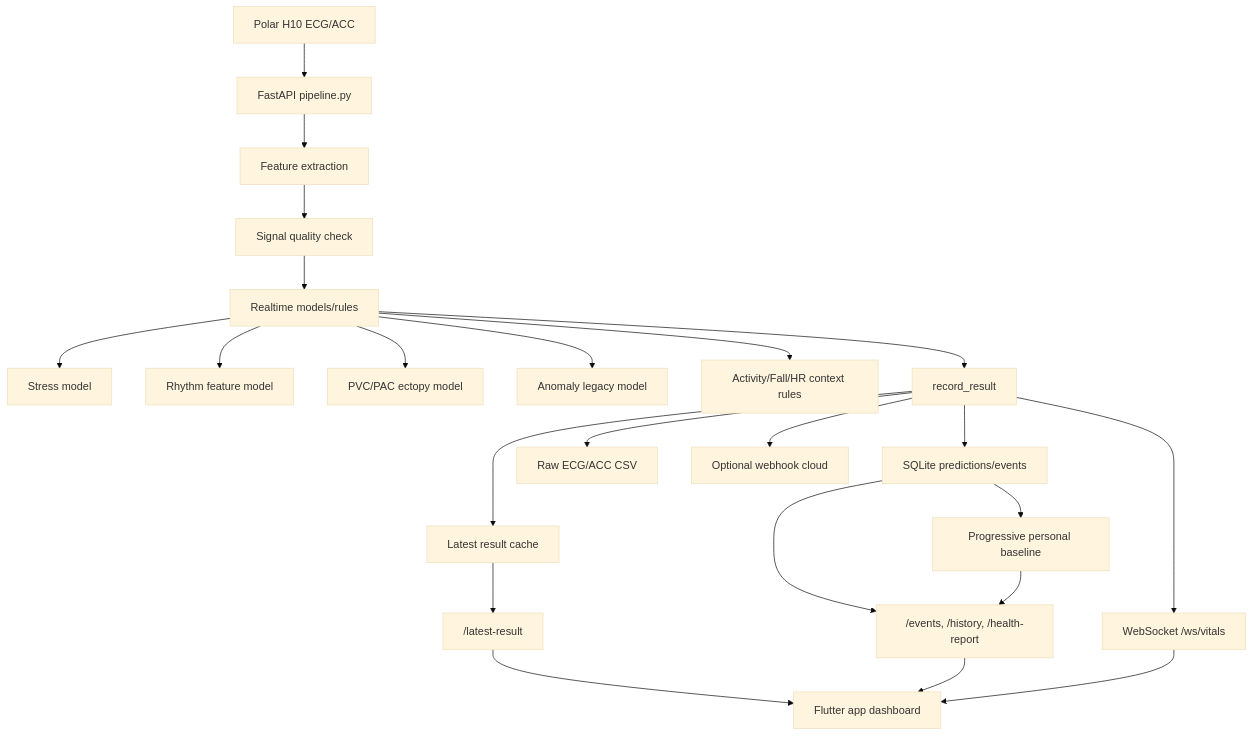
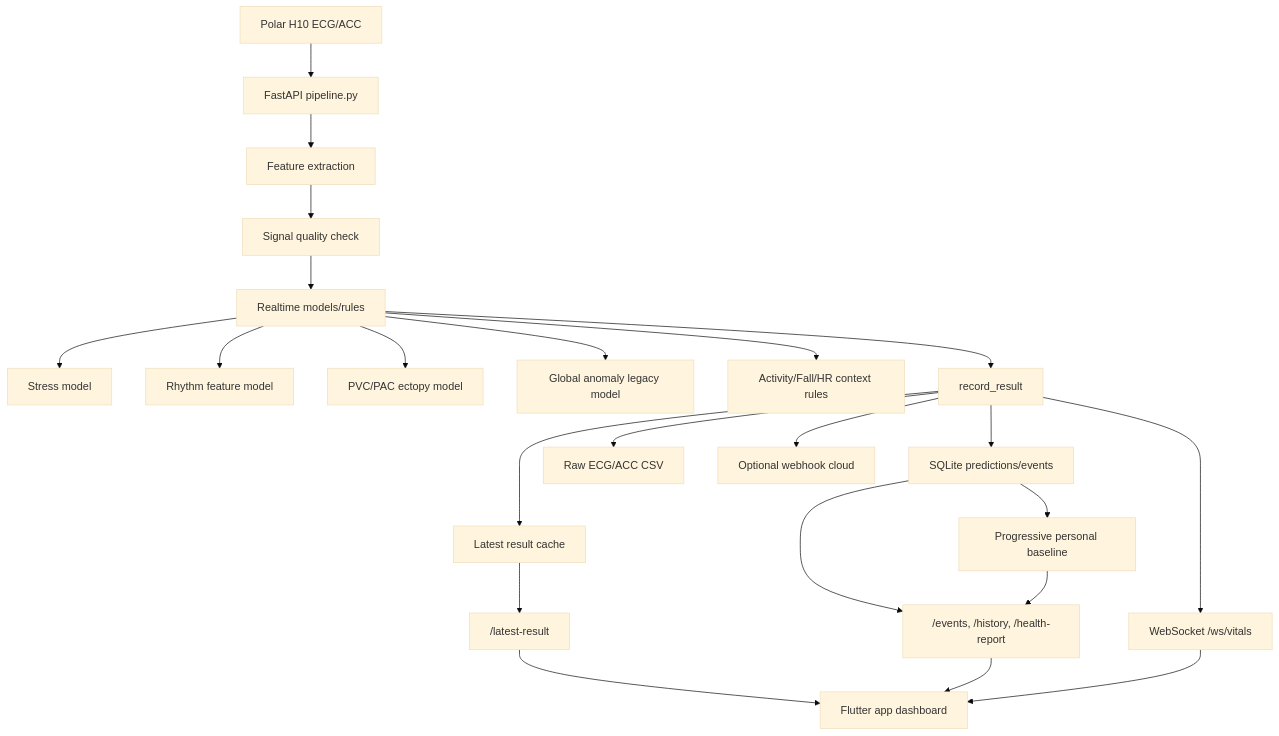
The diagram in docs/van-hanh-he-thong-app-model-cloud.md (ducchinhsero/ElderlyCareModel), drawn with Mermaid (base theme) before and after one commit. The commit also changed other lines of this file and 12 other files, not shown here.

Commit message:
Enable global anomaly screening runtime

````diff
--- a/docs/van-hanh-he-thong-app-model-cloud.md
+++ b/docs/van-hanh-he-thong-app-model-cloud.md
@@ -19,25 +20,25 @@
 ```mermaid
 flowchart TD
     A["Polar H10 ECG/ACC"] --> B["FastAPI pipeline.py"]
     B --> C["Feature extraction"]
     C --> D["Signal quality check"]
     D --> E["Realtime models/rules"]
     E --> E1["Stress model"]
     E --> E2["Rhythm feature model"]
     E --> E3["PVC/PAC ectopy model"]
-    E --> E4["Anomaly legacy model"]
+    E --> E4["Global anomaly legacy model"]
     E --> E5["Activity/Fall/HR context rules"]
     E --> F["record_result"]
     F --> G["SQLite predictions/events"]
     F --> H["Raw ECG/ACC CSV"]
     F --> I["Latest result cache"]
     F --> J["WebSocket /ws/vitals"]
     F --> K["Optional webhook cloud"]
     G --> G2["Progressive personal baseline"]
     G --> L["/events, /history, /health-report"]
     G2 --> L
     I --> M["/latest-result"]
     M --> N["Flutter app dashboard"]
     L --> N
     J --> N
 ```
````
